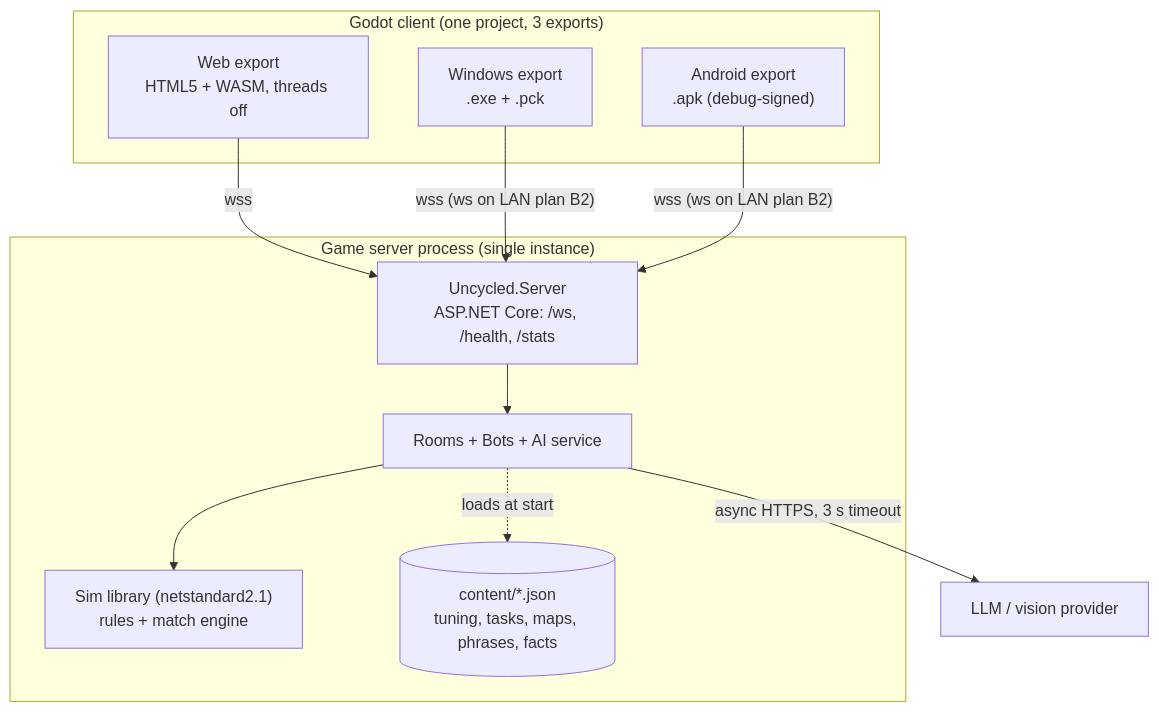
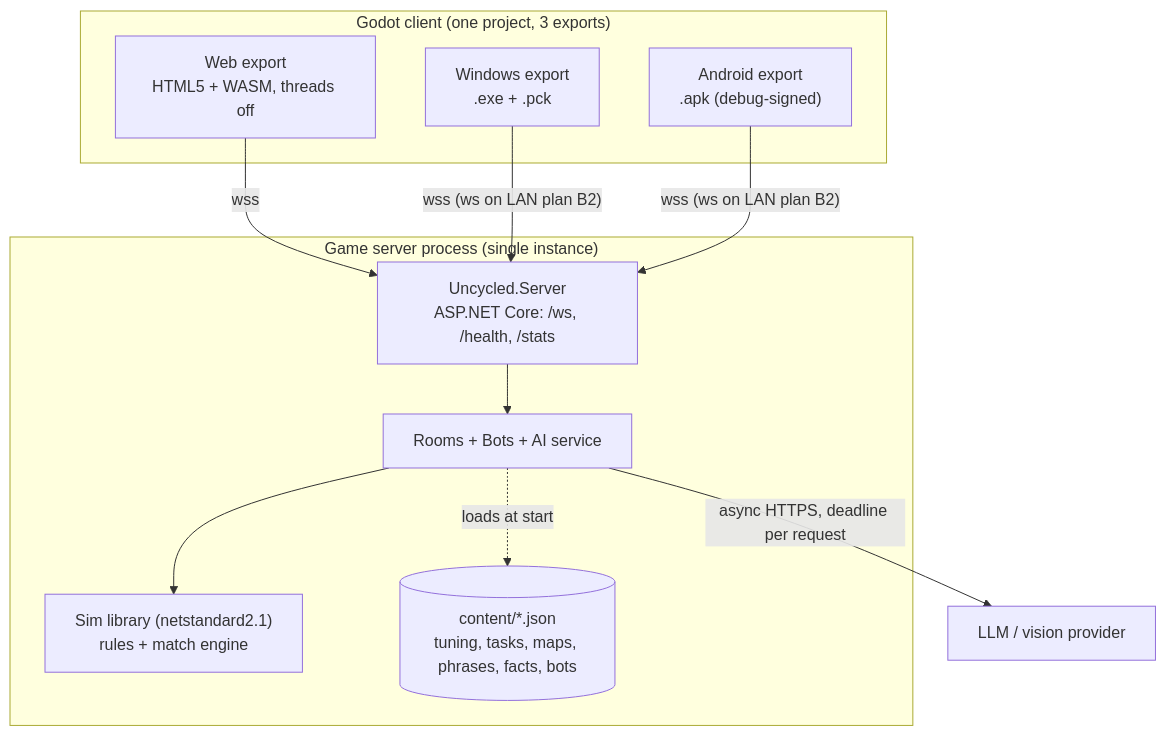
The second of 5 diagrams in docs/architecture/01-system-context.md (Faouzi-Blibech/EcoSus-Uncycled), drawn with Mermaid before and after one commit. The commit also changed other lines of this file and 11 other files, not shown here.

Commit message:
docs: second design review (2026-11-14) for the architecture views and the design spec

````diff
--- a/docs/architecture/01-system-context.md
+++ b/docs/architecture/01-system-context.md
@@ -33,25 +33,25 @@
 ```mermaid
 flowchart TB
     subgraph clients["Godot client (one project, 3 exports)"]
         web["Web export<br/>HTML5 + WASM, threads off"]
         win["Windows export<br/>.exe + .pck"]
         apk["Android export<br/>.apk (debug-signed)"]
     end
 
     subgraph srv["Game server process (single instance)"]
         api["Uncycled.Server<br/>ASP.NET Core: /ws, /health, /stats"]
         rooms["Rooms + Bots + AI service"]
         sim["Sim library (netstandard2.1)<br/>rules + match engine"]
-        content[("content/*.json<br/>tuning, tasks, maps, phrases, facts")]
+        content[("content/*.json<br/>tuning, tasks, maps, phrases, facts, bots")]
     end
 
     ai["LLM / vision provider"]
 
     web -- "wss" --> api
     win -- "wss (ws on LAN plan B2)" --> api
     apk -- "wss (ws on LAN plan B2)" --> api
     api --> rooms
     rooms --> sim
     rooms -. "loads at start" .-> content
-    rooms -- "async HTTPS, 3 s timeout" --> ai
+    rooms -- "async HTTPS, deadline per request" --> ai
 ```
````
